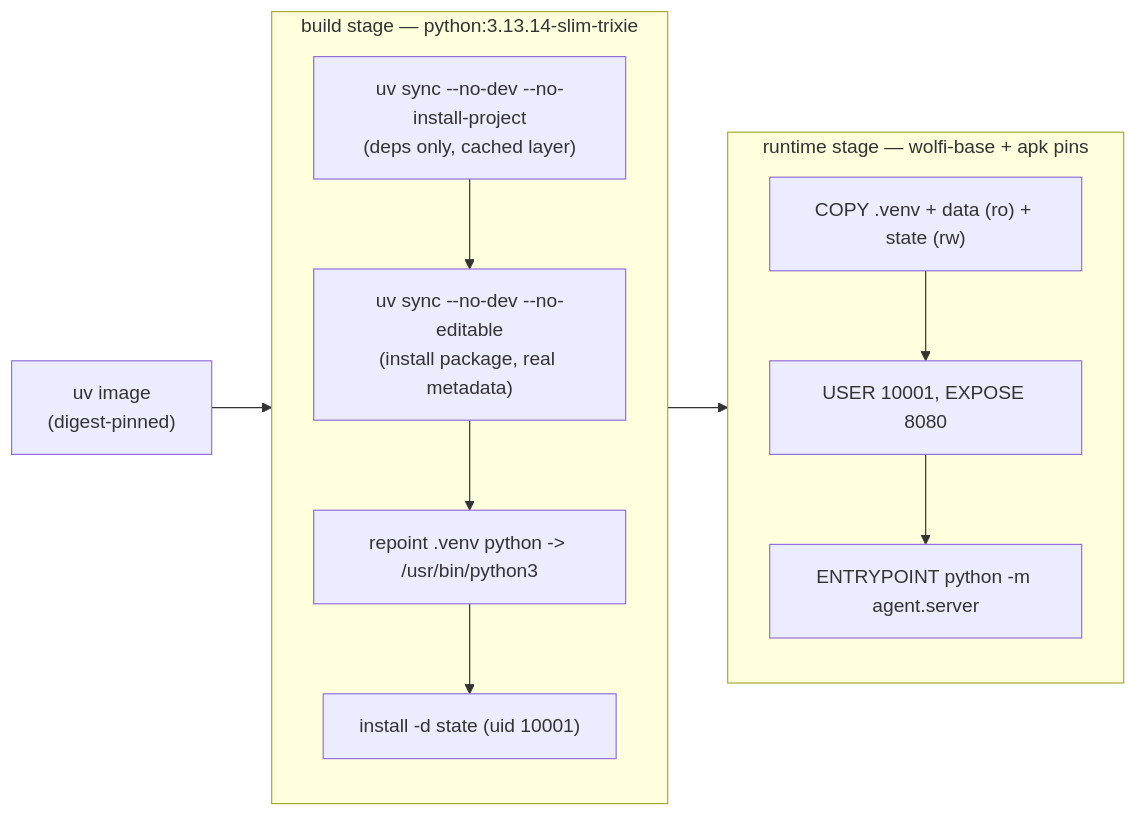
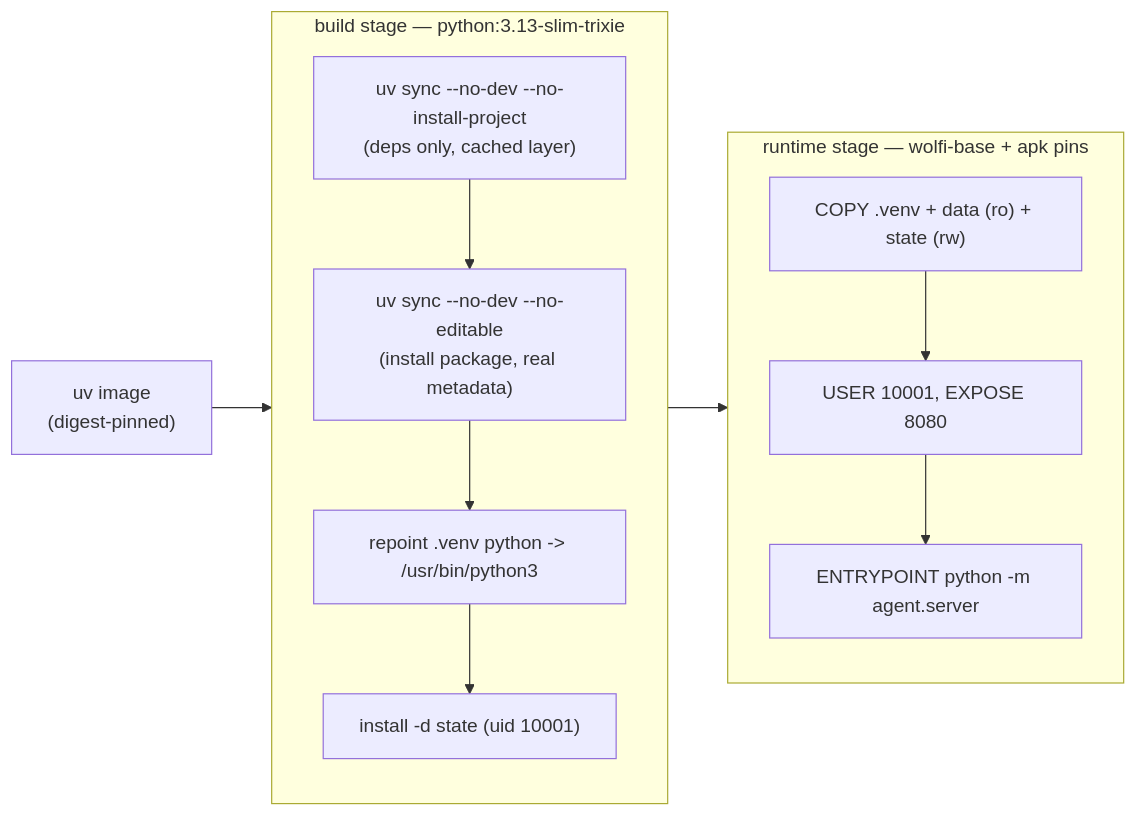
Before and after one commit to MLOps-Courses/agentops-open-course: the second of 2 diagrams in docs/3. Capabilities/3.0. Packaging.md, drawn with Mermaid. The commit also changed other lines of this file and 10 other files, not shown here.

````diff
--- a/docs/3. Capabilities/3.0. Packaging.md
+++ b/docs/3. Capabilities/3.0. Packaging.md
@@ -250,18 +250,18 @@
     ```mermaid
     flowchart LR
         U["uv image<br/>(digest-pinned)"] --> B
-        subgraph B["build stage — python:3.13.14-slim-trixie"]
+        subgraph B["build stage — python:3.13-slim-trixie"]
             B1["uv sync --no-dev --no-install-project<br/>(deps only, cached layer)"]
             B2["uv sync --no-dev --no-editable<br/>(install package, real metadata)"]
             B3["repoint .venv python -> /usr/bin/python3"]
             B4["install -d state (uid 10001)"]
             B1 --> B2 --> B3 --> B4
         end
         B --> R
         subgraph R["runtime stage — wolfi-base + apk pins"]
             R1["COPY .venv + data (ro) + state (rw)"]
             R2["USER 10001, EXPOSE 8080"]
             R3["ENTRYPOINT python -m agent.server"]
             R1 --> R2 --> R3
         end
     ```
````
